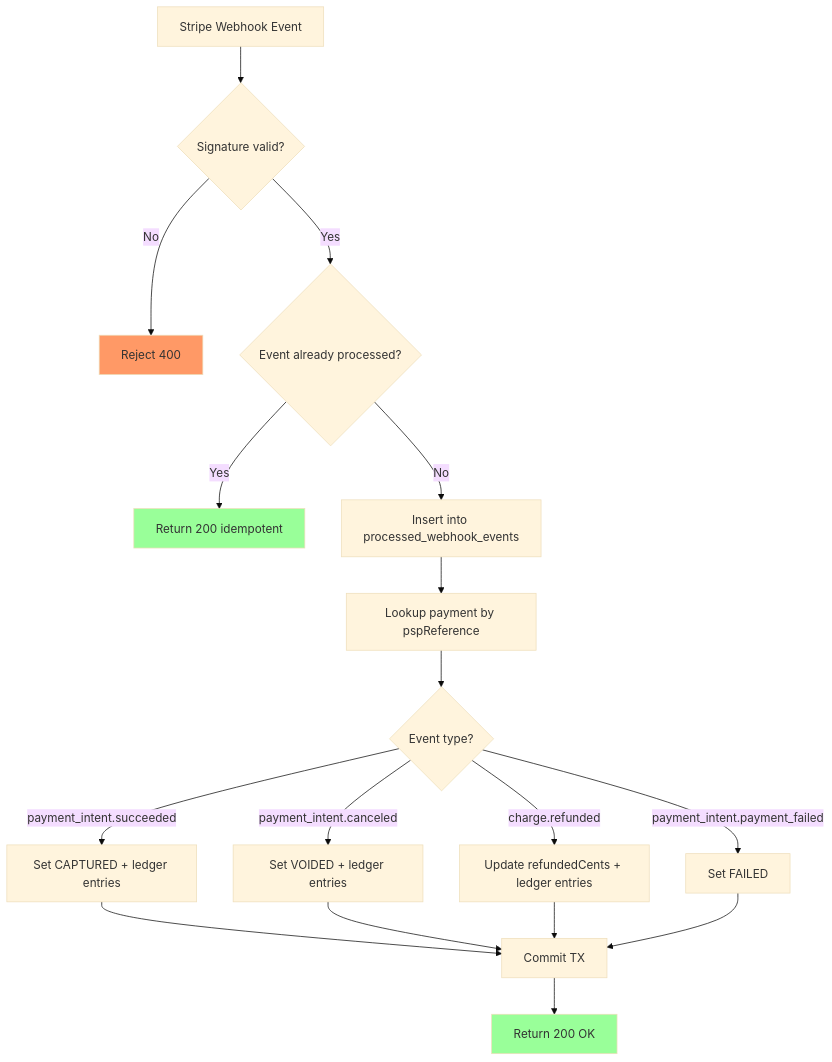
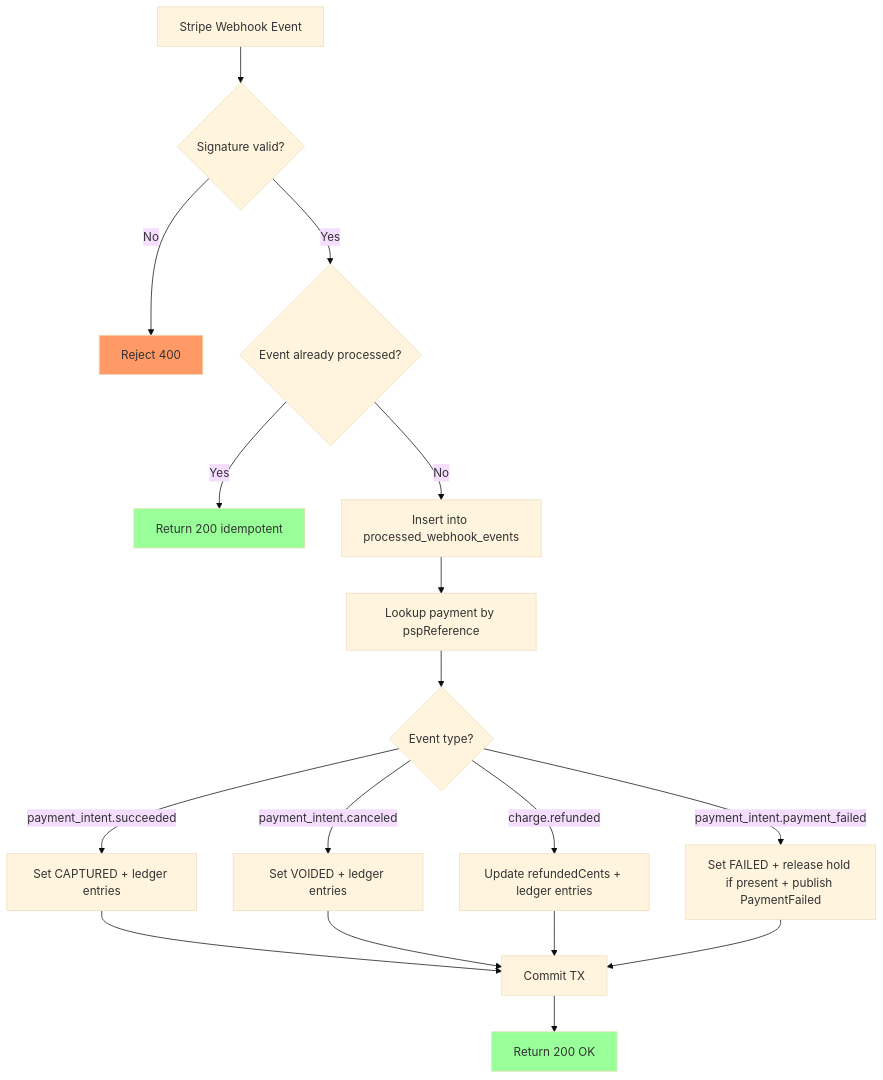
One commit to sunitakeazycommerz-a11y/InstaCommerce changed the seventh of 8 diagrams in services/payment-service/README.md. Above: the diagram before and after it, drawn with Mermaid (base theme). The commit also changed other lines of this file and 8 other files, not shown here.

First line of the commit message:
fix(payment): verify failure hold release semantics

````diff
--- a/services/payment-service/README.md
+++ b/services/payment-service/README.md
@@ -331,20 +337,20 @@
 ```mermaid
 flowchart TD
     A[Stripe Webhook Event] --> B{Signature valid?}
     B -- No --> C[Reject 400]
     B -- Yes --> D{Event already processed?}
     D -- Yes --> E[Return 200 idempotent]
     D -- No --> F[Insert into processed_webhook_events]
     F --> G[Lookup payment by pspReference]
     G --> H{Event type?}
     H -- payment_intent.succeeded --> I[Set CAPTURED + ledger entries]
     H -- payment_intent.canceled --> J[Set VOIDED + ledger entries]
     H -- charge.refunded --> K[Update refundedCents + ledger entries]
-    H -- payment_intent.payment_failed --> L[Set FAILED]
+    H -- payment_intent.payment_failed --> L[Set FAILED + release hold if present + publish PaymentFailed]
     I & J & K & L --> M[Commit TX]
     M --> N[Return 200 OK]
 
     style C fill:#f96
     style E fill:#9f9
     style N fill:#9f9
 ```
````
